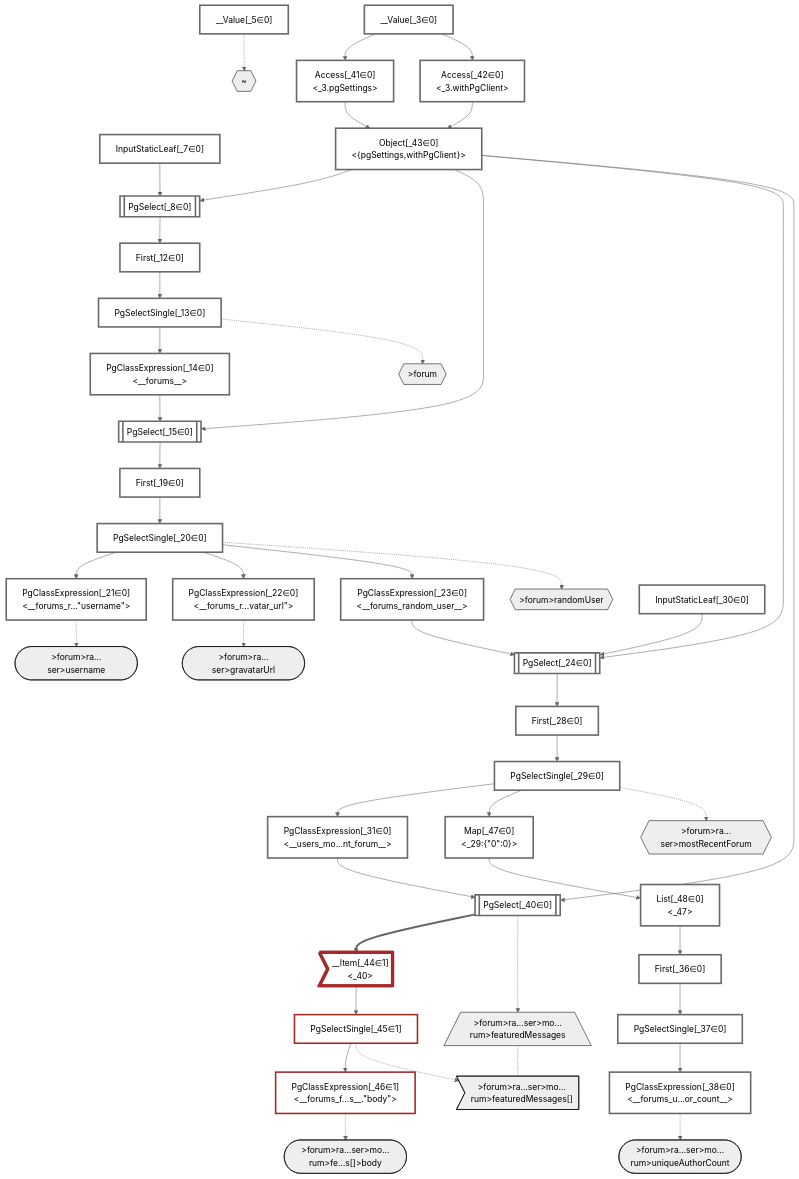
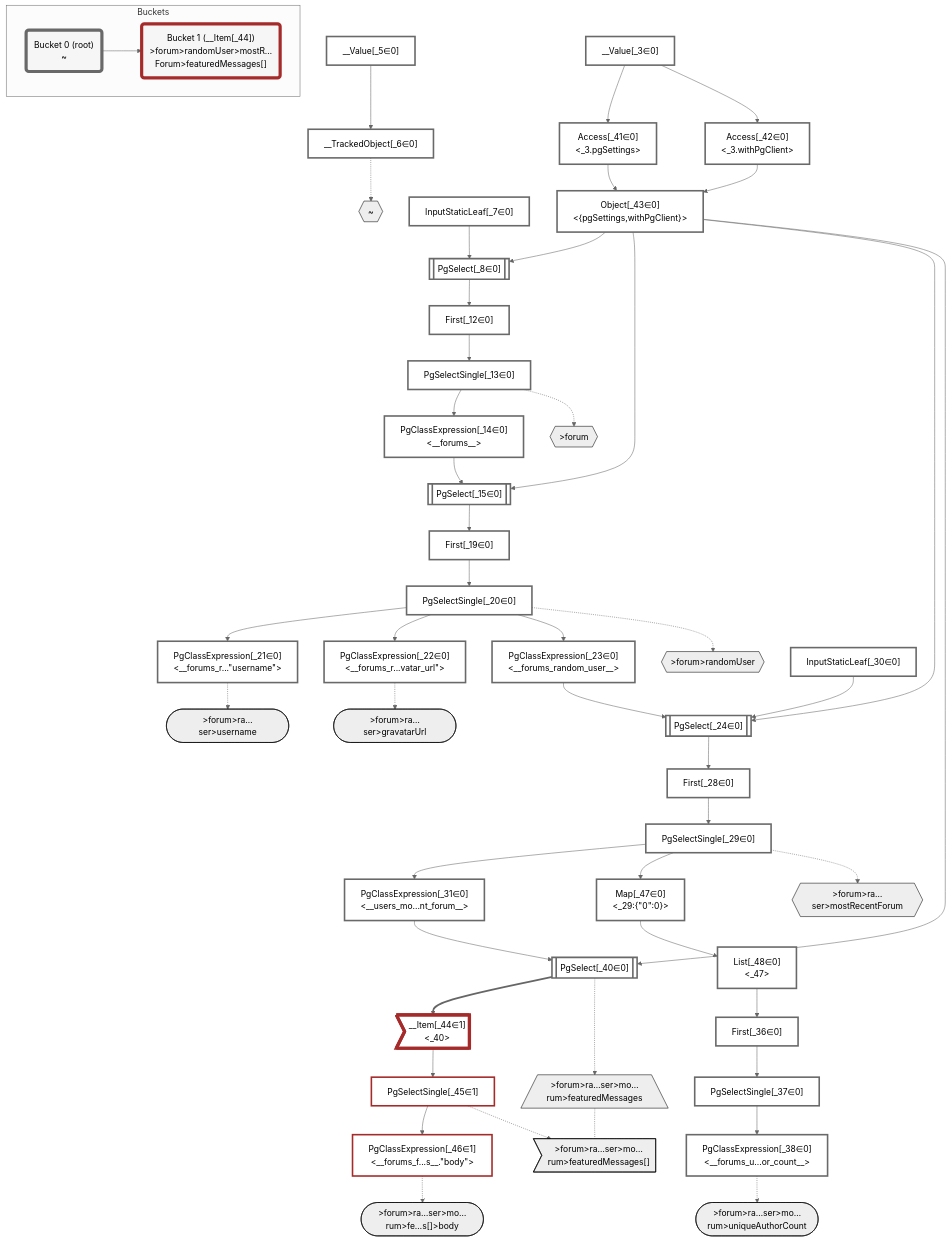
The diagram in packages/dataplan-pg/__tests__/queries/functions/computed-column-combined.deopt.mermaid.md (graphile/crystal), drawn with Mermaid (neutral theme) before and after one commit. The commit also changed 195 other files, not shown here.

````diff
--- a/packages/dataplan-pg/__tests__/queries/functions/computed-column-combined.deopt.mermaid.md
+++ b/packages/dataplan-pg/__tests__/queries/functions/computed-column-combined.deopt.mermaid.md
@@ -4,6 +4,7 @@
     classDef plan fill:#fff,stroke-width:3px,color:#000
     classDef itemplan fill:#fff,stroke-width:6px,color:#000
     classDef sideeffectplan fill:#f00,stroke-width:6px,color:#000
+    classDef bucket fill:#f6f6f6,color:#000,stroke-width:6px
 
     %% subgraph fields
     P1{{"~"}}:::path
@@ -30,6 +31,7 @@
     %% define plans
     __Value_3["__Value[_3∈0]<br /><context>"]:::plan
     __Value_5["__Value[_5∈0]<br /><rootValue>"]:::plan
+    __TrackedObject_6["__TrackedObject[_6∈0]"]:::plan
     InputStaticLeaf_7["InputStaticLeaf[_7∈0]"]:::plan
     PgSelect_8[["PgSelect[_8∈0]<br /><forums>"]]:::plan
     First_12["First[_12∈0]"]:::plan
@@ -60,6 +62,7 @@
     List_48["List[_48∈0]<br /><_47>"]:::plan
 
     %% plan dependencies
+    __Value_5 --> __TrackedObject_6
     Object_43 --> PgSelect_8
     InputStaticLeaf_7 --> PgSelect_8
     PgSelect_8 --> First_12
@@ -94,7 +97,7 @@
     Map_47 --> List_48
 
     %% plan-to-path relationships
-    __Value_5 -.-> P1
+    __TrackedObject_6 -.-> P1
     PgSelectSingle_13 -.-> P2
     PgSelectSingle_20 -.-> P3
     PgClassExpression_21 -.-> P4
@@ -107,7 +110,15 @@
 
     %% allocate buckets
     classDef bucket0 stroke:#696969
-    class __Value_3,__Value_5,InputStaticLeaf_7,PgSelect_8,First_12,PgSelectSingle_13,PgClassExpression_14,PgSelect_15,First_19,PgSelectSingle_20,PgClassExpression_21,PgClassExpression_22,PgClassExpression_23,PgSelect_24,First_28,PgSelectSingle_29,InputStaticLeaf_30,PgClassExpression_31,First_36,PgSelectSingle_37,PgClassExpression_38,PgSelect_40,Access_41,Access_42,Object_43,Map_47,List_48 bucket0
+    class __Value_3,__Value_5,__TrackedObject_6,InputStaticLeaf_7,PgSelect_8,First_12,PgSelectSingle_13,PgClassExpression_14,PgSelect_15,First_19,PgSelectSingle_20,PgClassExpression_21,PgClassExpression_22,PgClassExpression_23,PgSelect_24,First_28,PgSelectSingle_29,InputStaticLeaf_30,PgClassExpression_31,First_36,PgSelectSingle_37,PgClassExpression_38,PgSelect_40,Access_41,Access_42,Object_43,Map_47,List_48 bucket0
     classDef bucket1 stroke:#a52a2a
     class __Item_44,PgSelectSingle_45,PgClassExpression_46 bucket1
+
+    subgraph Buckets
+    Bucket0("Bucket 0 (root)<br />~"):::bucket
+    style Bucket0 stroke:#696969
+    Bucket1("Bucket 1 (__Item[_44])<br />>forum>randomUser>mostR…Forum>featuredMessages[]"):::bucket
+    style Bucket1 stroke:#a52a2a
+    Bucket0 --> Bucket1
+    end
 ```
````
